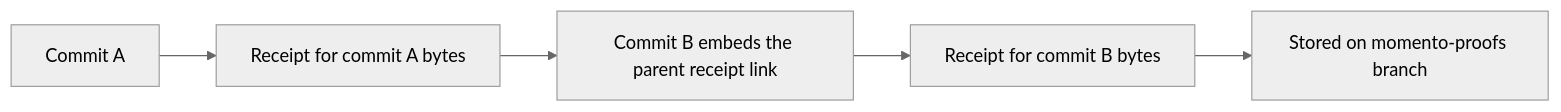
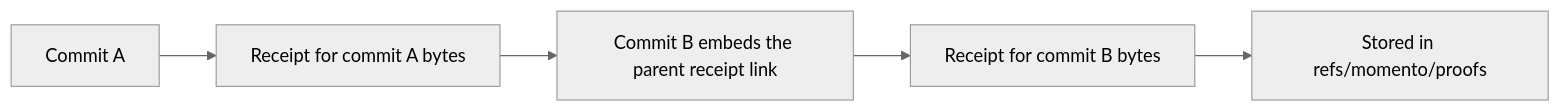
One commit to MIKTHATGUY/momento changed the diagram in apps/web/content/docs/git.mdx. Above: the diagram before and after it, drawn with Mermaid (neutral theme). The commit also changed other lines of this file and 15 other files, not shown here.

First line of the commit message:
Move Git proofs to hidden refs/momento/proofs ref

````diff
--- a/apps/web/content/docs/git.mdx
+++ b/apps/web/content/docs/git.mdx
@@ -14,7 +14,7 @@
 ```mermaid
 flowchart LR
   A[Commit A] --> RA[Receipt for commit A bytes]
   RA --> B[Commit B embeds the parent receipt link]
   B --> RB[Receipt for commit B bytes]
-  RB --> Proofs[Stored on momento-proofs branch]
+  RB --> Proofs[Stored in refs/momento/proofs]
 ```
````
